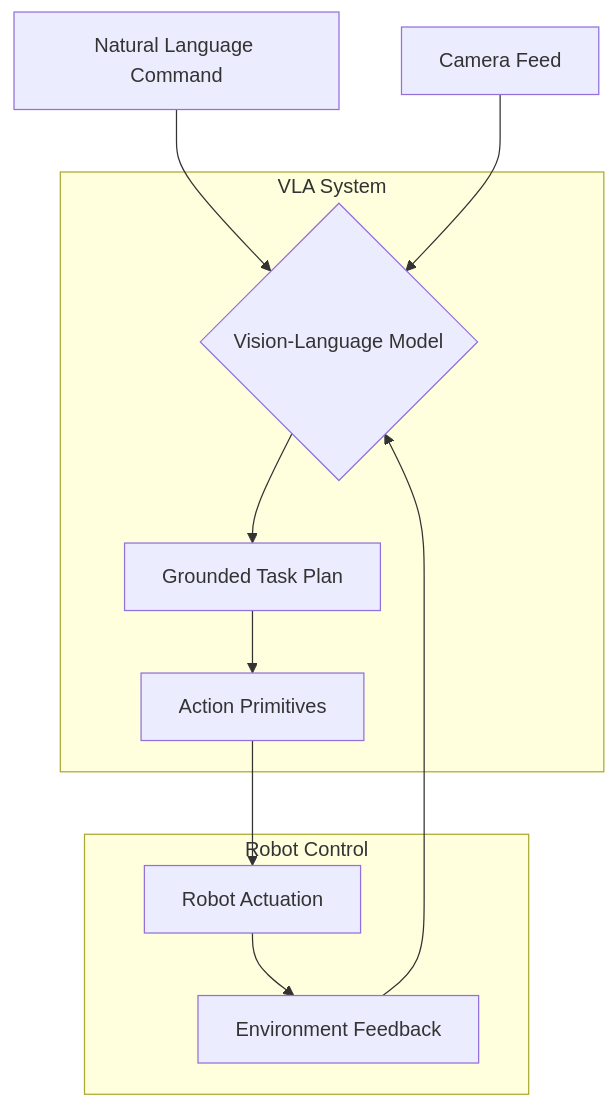
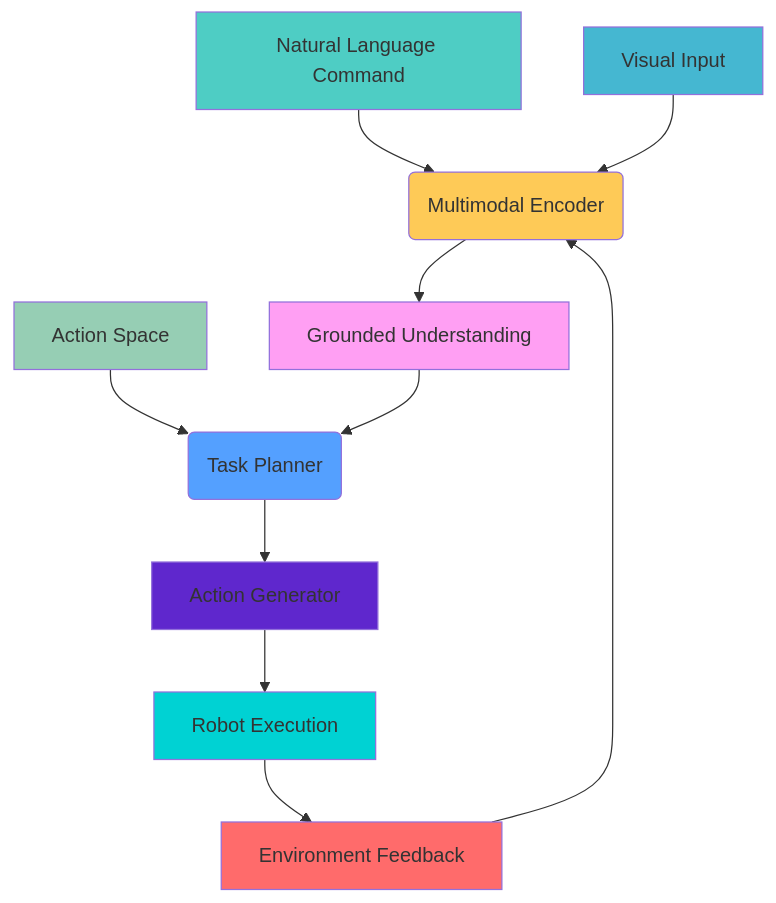
The diagram in docs/docs/physical-ai-robotics/vision-language-action.md (asma-aslam30/hackathon), drawn with Mermaid before and after one commit. The commit also changed other lines of this file and 44 other files, not shown here.

````diff
--- a/docs/docs/physical-ai-robotics/vision-language-action.md
+++ b/docs/docs/physical-ai-robotics/vision-language-action.md
@@ -22,21 +291,22 @@
 ```mermaid
-graph TD
-    A[Natural Language Command] --> B{Vision-Language Model}
-    C[Camera Feed] --> B
-    B --> D[Grounded Task Plan]
-    D --> E[Action Primitives]
-    E --> F[Robot Actuation]
-    F --> G[Environment Feedback]
-    G --> B
+graph TB
+    A[Natural Language Command] --> D(Multimodal Encoder)
+    B[Visual Input] --> D
+    C[Action Space] --> E(Task Planner)
+    D --> F[Grounded Understanding]
+    F --> E
+    E --> G[Action Generator]
+    G --> H[Robot Execution]
+    H --> I[Environment Feedback]
+    I --> D
     
-    subgraph VLA System
-        B
-        D
-        E
-    end
-    
-    subgraph Robot Control
-        F
-        G
-    end
+    style A fill:#4ecdc4
+    style B fill:#45b7d1
+    style C fill:#96ceb4
+    style D fill:#feca57
+    style F fill:#ff9ff3
+    style E fill:#54a0ff
+    style G fill:#5f27cd
+    style H fill:#00d2d3
+    style I fill:#ff6b6b
 ```
````
